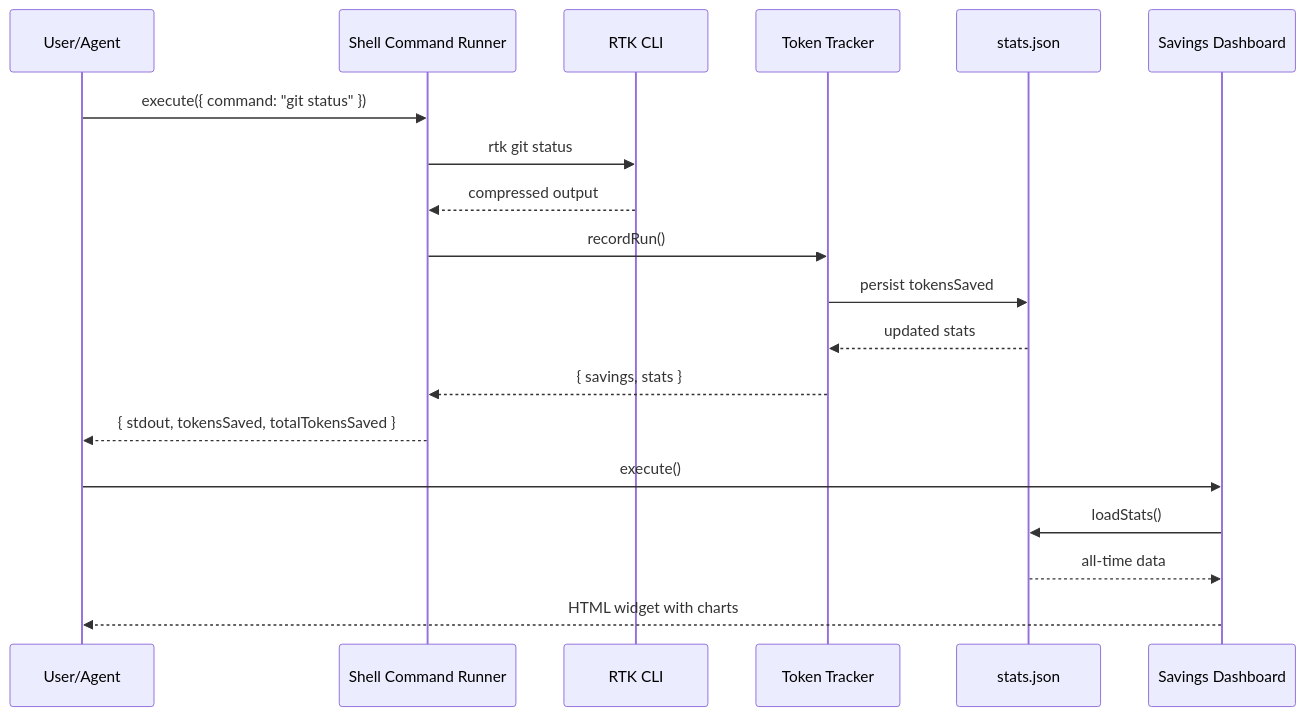
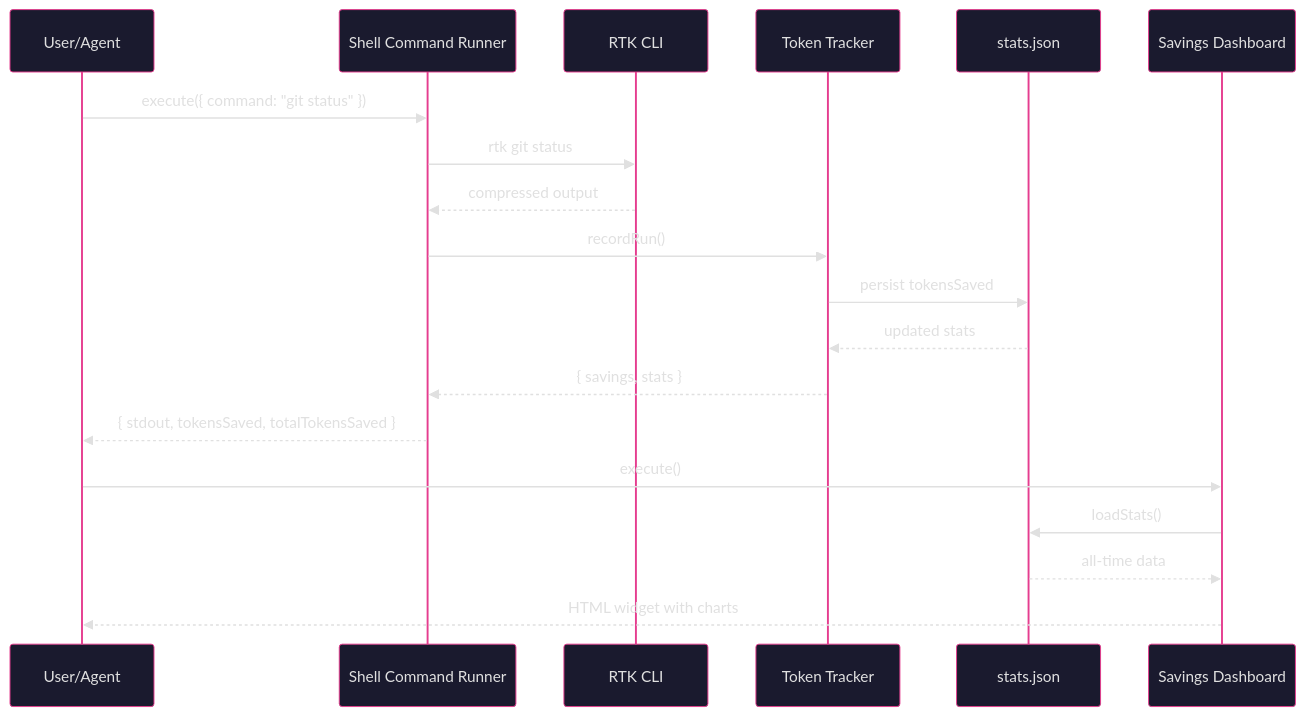
The second of 2 diagrams in README.md (unRekable/rtk-agnt-integration), drawn with Mermaid before and after one commit. The commit also changed other lines of this file, not shown here.

Commit message:
fix: dark mermaid theme + correct trigger docs

````diff
--- a/README.md
+++ b/README.md
@@ -49,23 +56,24 @@
 ```mermaid
+%%{init: {'theme': 'base', 'themeVariables': { 'primaryColor': '#1a1a2e', 'primaryTextColor': '#e0e0e0', 'primaryBorderColor': '#e53d8f', 'lineColor': '#12e0ff', 'secondaryColor': '#16213e', 'background': '#1a1a2e'}}}%%
 sequenceDiagram
     participant User as User/Agent
     participant Runner as Shell Command Runner
     participant RTK as RTK CLI
     participant Tracker as Token Tracker
     participant Stats as stats.json
     participant Dash as Savings Dashboard
 
     User->>Runner: execute({ command: "git status" })
     Runner->>RTK: rtk git status
     RTK-->>Runner: compressed output
     Runner->>Tracker: recordRun()
     Tracker->>Stats: persist tokensSaved
     Stats-->>Tracker: updated stats
     Tracker-->>Runner: { savings, stats }
     Runner-->>User: { stdout, tokensSaved, totalTokensSaved }
 
     User->>Dash: execute()
     Dash->>Stats: loadStats()
     Stats-->>Dash: all-time data
     Dash-->>User: HTML widget with charts
 ```
````
